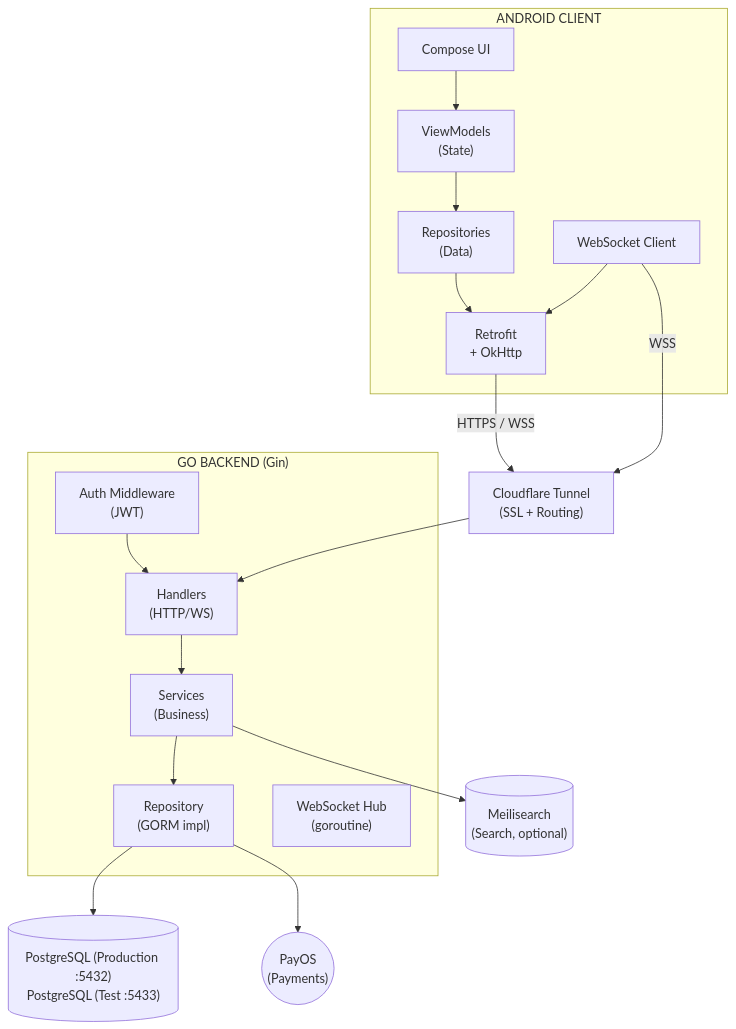
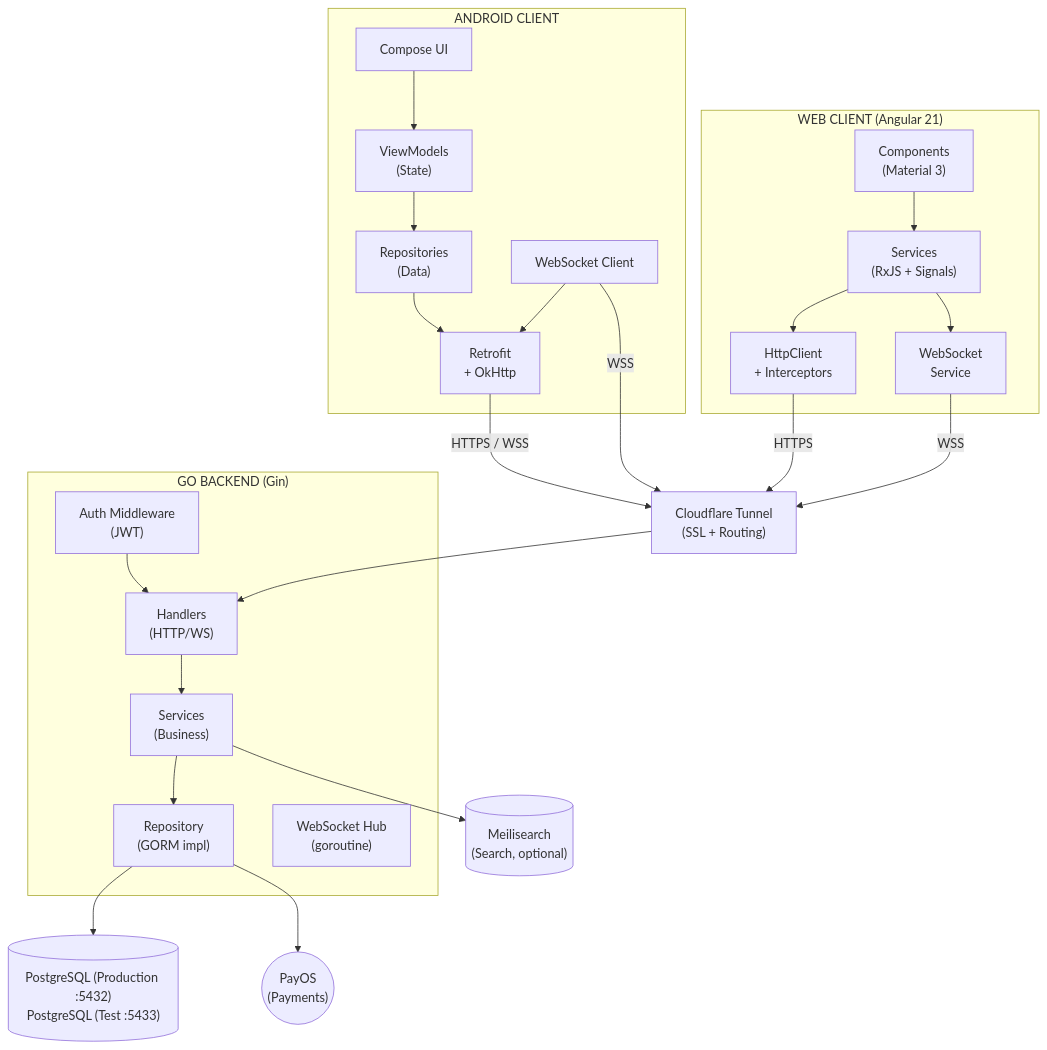
One commit to nhannht/viecz changed the first of 10 diagrams in docs/technical/ARCHITECTURE.md. Above: the diagram before and after it, drawn with Mermaid. The commit also changed other lines of this file and 8 other files, not shown here.

First line of the commit message:
docs: Update all technical docs to reflect Angular web client (KNS-79)

````diff
--- a/docs/technical/ARCHITECTURE.md
+++ b/docs/technical/ARCHITECTURE.md
@@ -38,42 +40,55 @@
 ```mermaid
 graph TD
     subgraph ANDROID_CLIENT["ANDROID CLIENT"]
         ComposeUI["Compose UI"]
         ViewModels["ViewModels<br/>(State)"]
         Repositories["Repositories<br/>(Data)"]
         Retrofit["Retrofit<br/>+ OkHttp"]
         WebSocketClient["WebSocket Client"]
 
         ComposeUI --> ViewModels
         ViewModels --> Repositories
         Repositories --> Retrofit
         WebSocketClient --> Retrofit
     end
 
+    subgraph WEB_CLIENT["WEB CLIENT (Angular 21)"]
+        AngularComponents["Components<br/>(Material 3)"]
+        AngularServices["Services<br/>(RxJS + Signals)"]
+        HttpClient["HttpClient<br/>+ Interceptors"]
+        WsService["WebSocket<br/>Service"]
+
+        AngularComponents --> AngularServices
+        AngularServices --> HttpClient
+        AngularServices --> WsService
+    end
+
     CLOUDFLARE["Cloudflare Tunnel<br/>(SSL + Routing)"]
 
     Retrofit -- "HTTPS / WSS" --> CLOUDFLARE
     WebSocketClient -- "WSS" --> CLOUDFLARE
+    HttpClient -- "HTTPS" --> CLOUDFLARE
+    WsService -- "WSS" --> CLOUDFLARE
 
     subgraph GO_BACKEND["GO BACKEND (Gin)"]
         AuthMW["Auth Middleware<br/>(JWT)"]
         Handlers["Handlers<br/>(HTTP/WS)"]
         Services["Services<br/>(Business)"]
         Repository["Repository<br/>(GORM impl)"]
         WebSocketHub["WebSocket Hub<br/>(goroutine)"]
 
         AuthMW --> Handlers
         Handlers --> Services
         Services --> Repository
     end
 
     CLOUDFLARE --> Handlers
 
     DB[("PostgreSQL (Production :5432)<br/>PostgreSQL (Test :5433)")]
     PayOS(("PayOS<br/>(Payments)"))
     Meilisearch[("Meilisearch<br/>(Search, optional)")]
 
     Repository --> DB
     Repository --> PayOS
     Services --> Meilisearch
 ```
````
